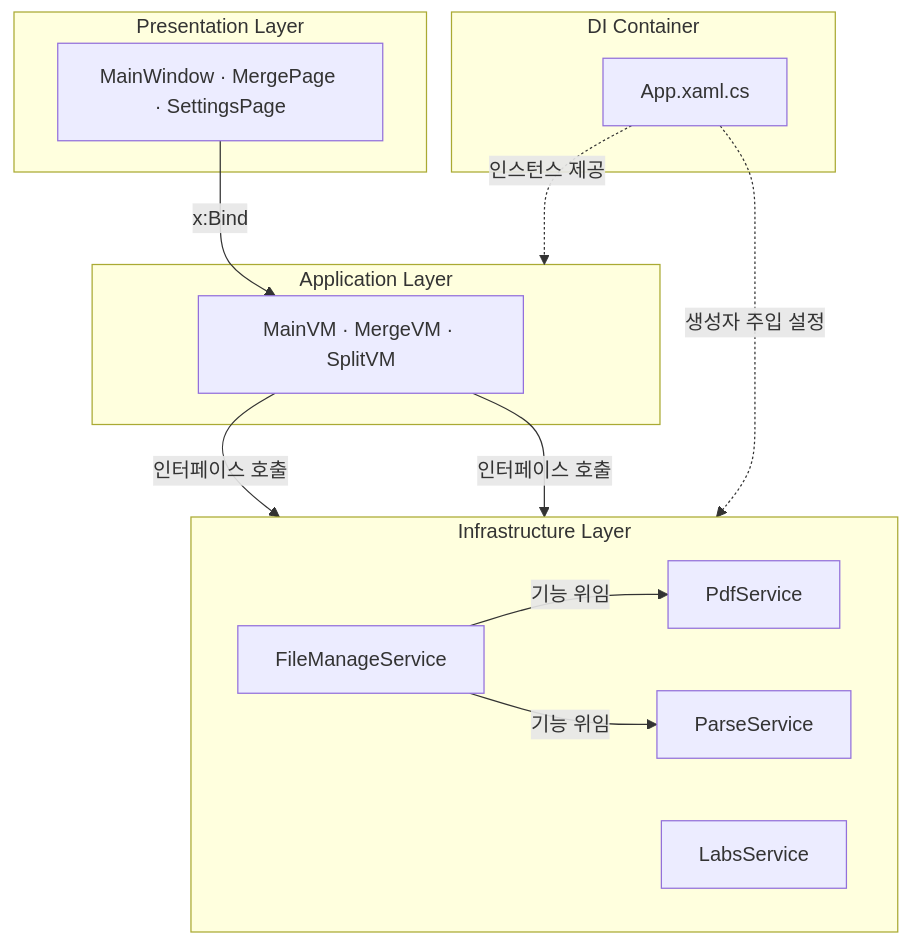
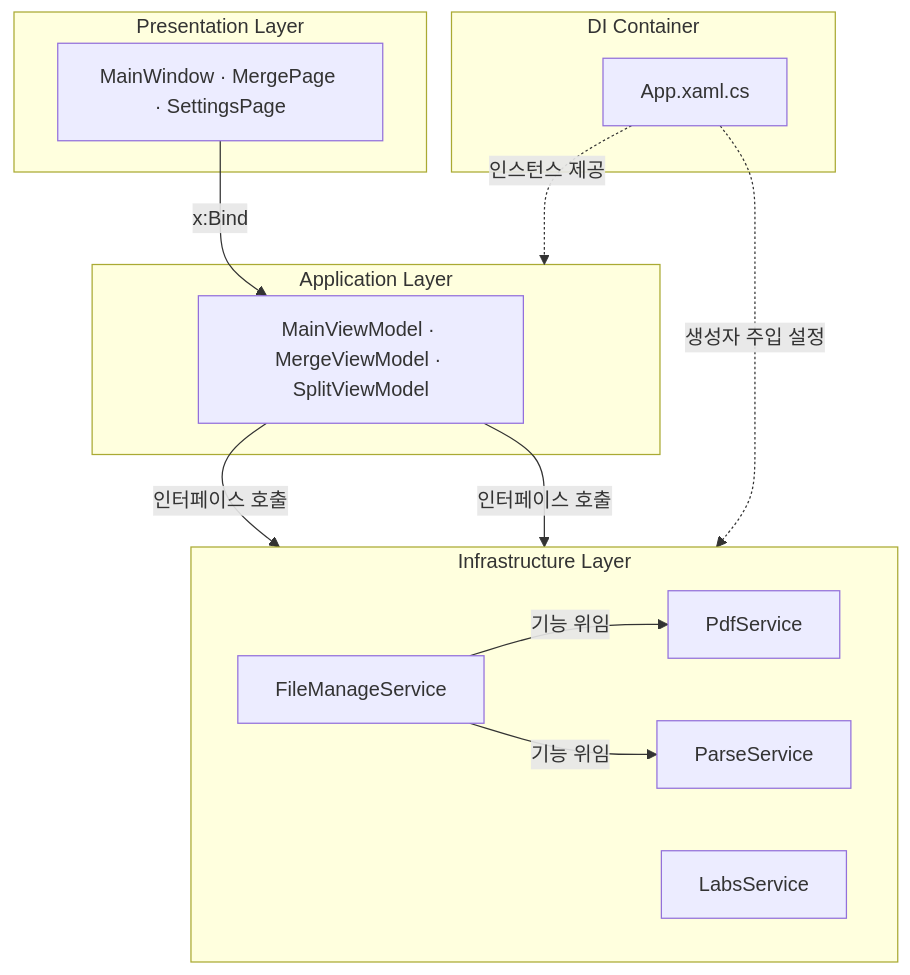
Before and after one commit to hyngng/hyngng.github.io: the diagram in _posts/마일스톤/기타 개발/2026-03-27-pascal-devlog.md, drawn with Mermaid. The commit also changed other lines of this file and 1 other file, not shown here.

````diff
--- a/_posts/마일스톤/기타 개발/2026-03-27-pascal-devlog.md
+++ b/_posts/마일스톤/기타 개발/2026-03-27-pascal-devlog.md
@@ -117,32 +117,32 @@
 ```mermaid
 flowchart TB
     subgraph Presentation ["Presentation Layer"]
         Views["MainWindow · MergePage · SettingsPage"]
     end
 
     subgraph Application ["Application Layer"]
-        VMs["MainVM · MergeVM · SplitVM"]
+        VMs["MainViewModel · MergeViewModel · SplitViewModel"]
     end
 
     subgraph Infrastructure ["Infrastructure Layer"]
         direction LR
         FMS["FileManageService"]
         PDFS["PdfService"]
         Parse["ParseService"]
         Labs["LabsService"]
     end
     
     subgraph DI_Container ["DI Container"]
         App["App.xaml.cs"]
     end
 
     App -. "생성자 주입 설정" .-> Infrastructure
     App -. "인스턴스 제공" .-> Application
     
     Views -- "x:Bind" --> VMs
     VMs -- "인터페이스 호출" --> FMS
     VMs -- "인터페이스 호출" --> Labs
     
     FMS -- "기능 위임" --> PDFS
     FMS -- "기능 위임" --> Parse
 ```
````
